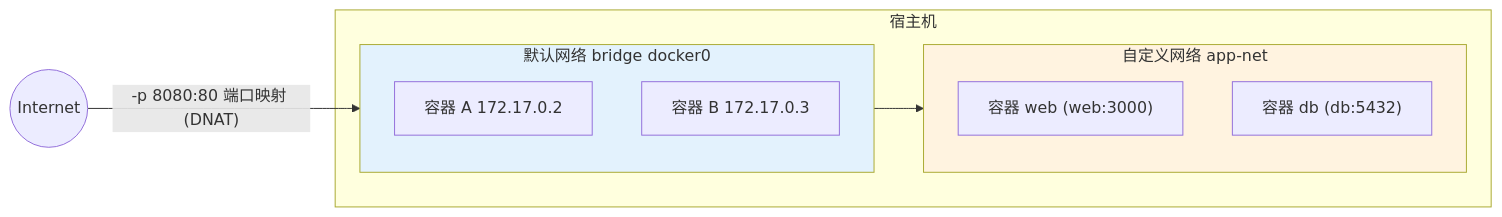
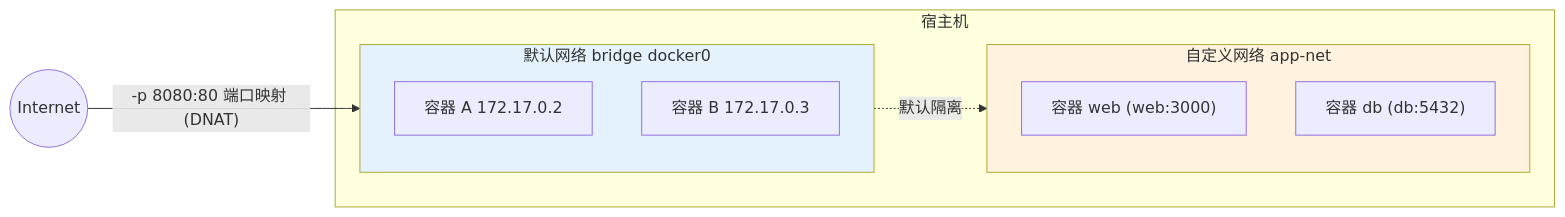
The fourth of 8 diagrams in Docker/01-概述与架构原理.md (SongF0140/blog_knowledge), drawn with Mermaid before and after one commit. The commit also changed other lines of this file and 12 other files, not shown here.

````diff
--- a/Docker/01-概述与架构原理.md
+++ b/Docker/01-概述与架构原理.md
@@ -341,19 +350,19 @@
 ```mermaid
 flowchart LR
     subgraph Host["宿主机"]
         subgraph N1["默认网络 bridge docker0"]
             A["容器 A  172.17.0.2"]
             B["容器 B  172.17.0.3"]
         end
         subgraph N2["自定义网络 app-net"]
             C["容器 web (web:3000)"]
             D["容器 db  (db:5432)"]
         end
     end
 
     Internet(("Internet")) -->|"-p 8080:80 端口映射 (DNAT)"| N1
-    N1 --> N2
+    N1 -.默认隔离.-> N2
 
     style N1 fill:#e3f2fd
     style N2 fill:#fff3e0
 ```
````
